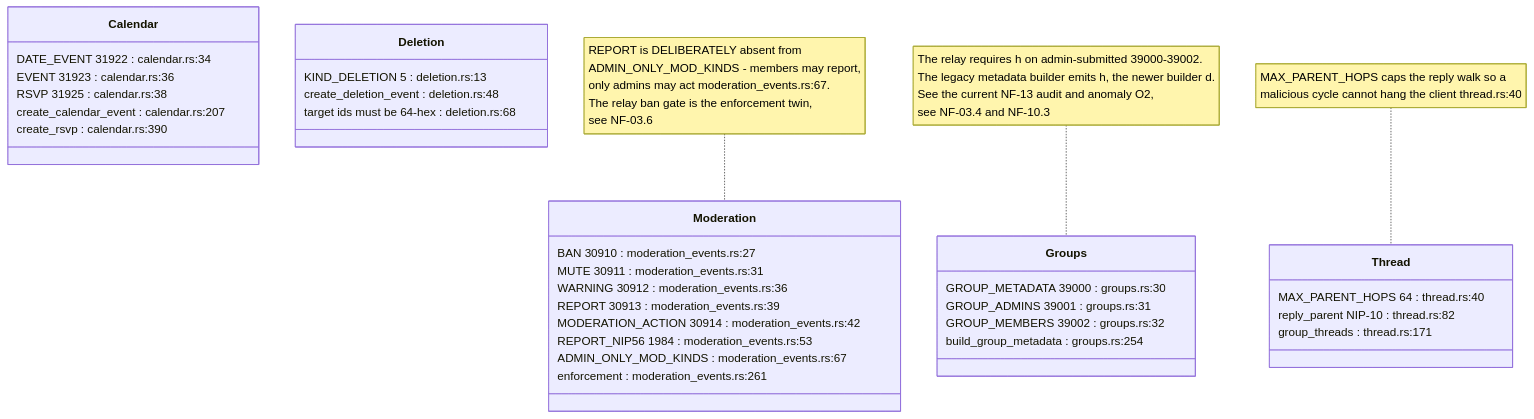
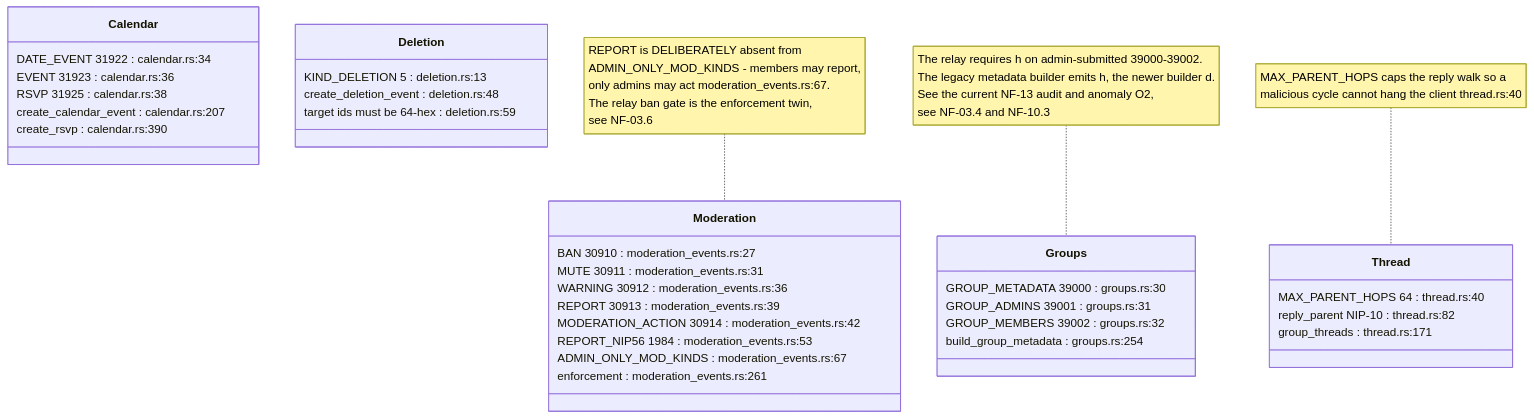
The sixth of 10 diagrams in docs/diagrams/nostr-rust-forum/12-core-wire-crypto-and-federation-envelope.md (DreamLab-AI/VisionFlow), drawn with Mermaid before and after one commit. The commit also changed other lines of this file and 91 other files, not shown here.

````diff
--- a/docs/diagrams/nostr-rust-forum/12-core-wire-crypto-and-federation-envelope.md
+++ b/docs/diagrams/nostr-rust-forum/12-core-wire-crypto-and-federation-envelope.md
@@ -210,40 +218,40 @@
 ```mermaid
 classDiagram
     class Moderation {
         BAN 30910 : moderation_events.rs:27
         MUTE 30911 : moderation_events.rs:31
         WARNING 30912 : moderation_events.rs:36
         REPORT 30913 : moderation_events.rs:39
         MODERATION_ACTION 30914 : moderation_events.rs:42
         REPORT_NIP56 1984 : moderation_events.rs:53
         ADMIN_ONLY_MOD_KINDS : moderation_events.rs:67
         enforcement : moderation_events.rs:261
     }
     class Calendar {
         DATE_EVENT 31922 : calendar.rs:34
         EVENT 31923 : calendar.rs:36
         RSVP 31925 : calendar.rs:38
         create_calendar_event : calendar.rs:207
         create_rsvp : calendar.rs:390
     }
     class Groups {
         GROUP_METADATA 39000 : groups.rs:30
         GROUP_ADMINS 39001 : groups.rs:31
         GROUP_MEMBERS 39002 : groups.rs:32
         build_group_metadata : groups.rs:254
     }
     class Deletion {
         KIND_DELETION 5 : deletion.rs:13
         create_deletion_event : deletion.rs:48
-        target ids must be 64-hex : deletion.rs:68
+        target ids must be 64-hex : deletion.rs:59
     }
     class Thread {
         MAX_PARENT_HOPS 64 : thread.rs:40
         reply_parent NIP-10 : thread.rs:82
         group_threads : thread.rs:171
     }
 
     note for Moderation "REPORT is DELIBERATELY absent from<br/>ADMIN_ONLY_MOD_KINDS - members may report,<br/>only admins may act moderation_events.rs:67.<br/>The relay ban gate is the enforcement twin,<br/>see NF-03.6"
     note for Groups "The relay requires h on admin-submitted 39000-39002.<br/>The legacy metadata builder emits h, the newer builder d.<br/>See the current NF-13 audit and anomaly O2,<br/>see NF-03.4 and NF-10.3"
     note for Thread "MAX_PARENT_HOPS caps the reply walk so a<br/>malicious cycle cannot hang the client thread.rs:40"
 ```
````
